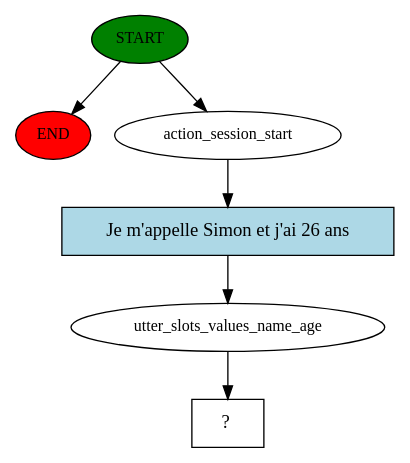
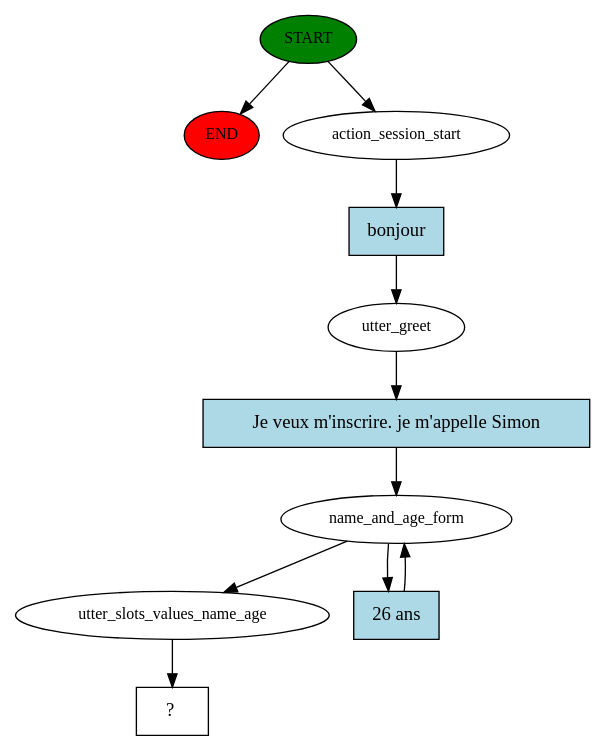
One commit to Pauline-25/rasa changed the diagram in story_graph.dot. Above: the diagram before and after it, drawn with Graphviz. The commit also changed 4 other files, not shown here.

```diff
--- a/story_graph.dot
+++ b/story_graph.dot
@@ -1,13 +1,22 @@
 digraph  {
 0 [class="start active", fillcolor=green, fontsize=12, label=START, style=filled];
 "-1" [class=end, fillcolor=red, fontsize=12, label=END, style=filled];
 1 [class=active, fontsize=12, label=action_session_start];
-2 [class=active, fontsize=12, label=utter_slots_values_name_age];
-3 [class="intent dashed active", label="  ?  ", shape=rect];
-4 [class="intent active", fillcolor=lightblue, label="Je m'appelle Simon et j'ai 26 ans", shape=rect, style=filled];
+2 [class=active, fontsize=12, label=utter_greet];
+3 [class=active, fontsize=12, label=name_and_age_form];
+5 [class=active, fontsize=12, label=utter_slots_values_name_age];
+6 [class="intent dashed active", label="  ?  ", shape=rect];
+7 [class="intent active", fillcolor=lightblue, label=bonjour, shape=rect, style=filled];
+8 [class="intent active", fillcolor=lightblue, label="Je veux m'inscrire. je m'appelle Simon", shape=rect, style=filled];
+9 [class="intent active", fillcolor=lightblue, label="26 ans", shape=rect, style=filled];
 0 -> "-1"  [class="", key=NONE, label=""];
 0 -> 1  [class=active, key=NONE, label=""];
-1 -> 4  [class=active, key=0];
-2 -> 3  [class=active, key=NONE, label=""];
-4 -> 2  [class=active, key=0];
+1 -> 7  [class=active, key=0];
+2 -> 8  [class=active, key=0];
+3 -> 5  [class=active, key=NONE, label=""];
+3 -> 9  [class=active, key=0];
+5 -> 6  [class=active, key=NONE, label=""];
+7 -> 2  [class=active, key=0];
+8 -> 3  [class=active, key=0];
+9 -> 3  [class=active, key=0];
 }
```
